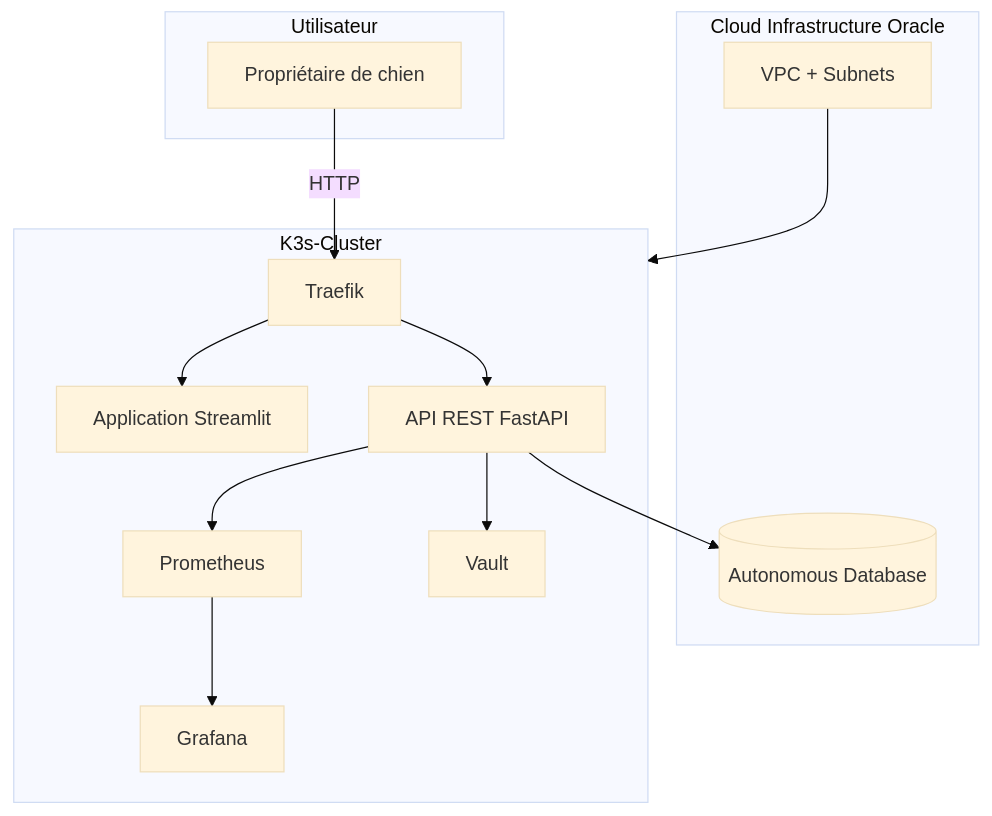
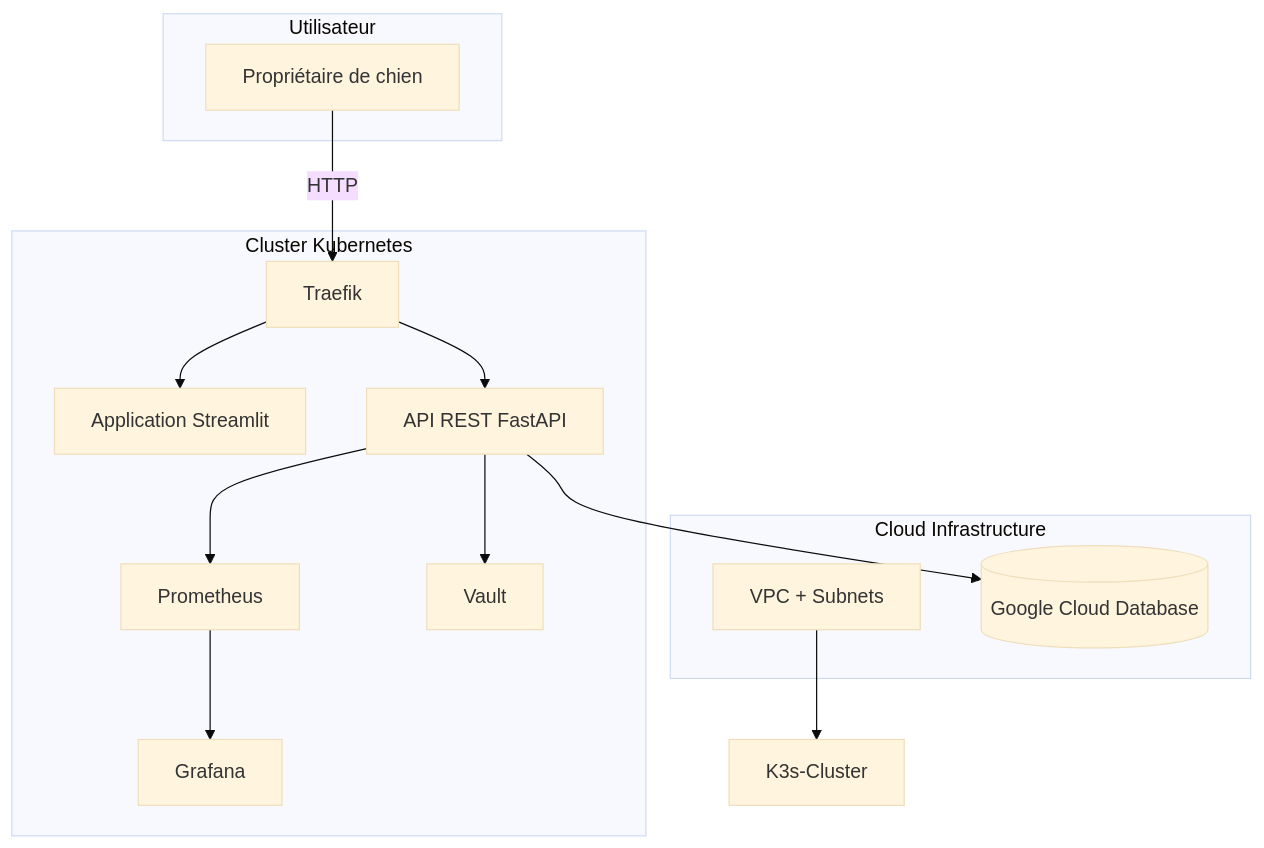
The diagram in infra/README.md (O-Celia/reactivite_chien), drawn with Mermaid (base theme) before and after one commit. The commit also changed other lines of this file and 25 other files, not shown here.

````diff
--- a/infra/README.md
+++ b/infra/README.md
@@ -8,32 +8,32 @@
 ```mermaid
 graph TD
   subgraph Utilisateur
     A[Propriétaire de chien]
   end
 
-  subgraph Cloud Infrastructure Oracle
+  subgraph Cloud Infrastructure
     L[VPC + Subnets]
-    DB[(Autonomous Database)]
+    DB[(Google Cloud Database)]
   end
 
-  subgraph K3s-Cluster
+  subgraph Cluster Kubernetes
     T[Traefik]
     B[Application Streamlit]
     C[API REST FastAPI]
     H[Prometheus]
     I[Vault]
     J[Grafana]
   end
 
   A -->|HTTP| T
   T --> B
   T --> C
 
   C --> H
   C --> I
   C --> DB
 
   H --> J
 
   L --> K3s-Cluster
 ```
````
